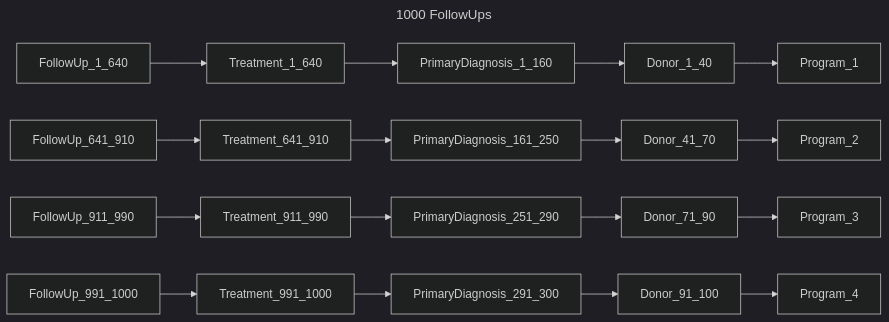
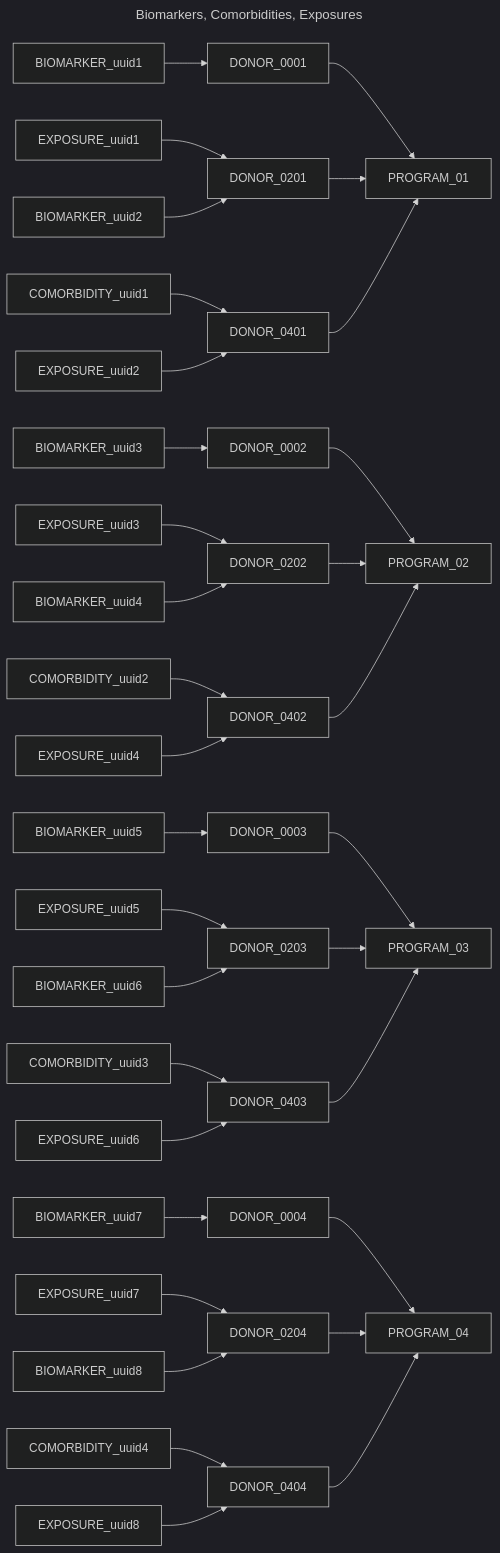
One commit to CanDIG/katsu changed the fourth of 4 diagrams in chord_metadata_service/mohpackets/data/medium_dataset/README.md. Above: the diagram before and after it, drawn with Mermaid (dark theme). The commit also changed other lines of this file and 43 other files, not shown here.

````diff
--- a/chord_metadata_service/mohpackets/data/medium_dataset/README.md
+++ b/chord_metadata_service/mohpackets/data/medium_dataset/README.md
@@ -130,10 +138,26 @@
 ```mermaid
 ---
-title: 1000 FollowUps
+title: Biomarkers, Comorbidities, Exposures
 ---
 graph LR;  
-  FollowUp_1_640 --> Treatment_1_640 --> PrimaryDiagnosis_1_160 --> Donor_1_40 --> Program_1;
-  FollowUp_641_910 --> Treatment_641_910 --> PrimaryDiagnosis_161_250 --> Donor_41_70 --> Program_2; 
-  FollowUp_911_990 --> Treatment_911_990 --> PrimaryDiagnosis_251_290 --> Donor_71_90 --> Program_3;
-  FollowUp_991_1000 --> Treatment_991_1000 --> PrimaryDiagnosis_291_300 --> Donor_91_100 --> Program_4; 
+  BIOMARKER_uuid1 --> DONOR_0001 --> PROGRAM_01; 
+  EXPOSURE_uuid1 --> DONOR_0201 --> PROGRAM_01;  
+  BIOMARKER_uuid2 --> DONOR_0201;
+  COMORBIDITY_uuid1 --> DONOR_0401 --> PROGRAM_01;
+  EXPOSURE_uuid2 --> DONOR_0401;
+  BIOMARKER_uuid3 --> DONOR_0002 --> PROGRAM_02;  
+  EXPOSURE_uuid3 --> DONOR_0202 --> PROGRAM_02;
+  BIOMARKER_uuid4 --> DONOR_0202;
+  COMORBIDITY_uuid2 --> DONOR_0402 --> PROGRAM_02;
+  EXPOSURE_uuid4 --> DONOR_0402;
+  BIOMARKER_uuid5 --> DONOR_0003 --> PROGRAM_03;
+  EXPOSURE_uuid5 --> DONOR_0203 --> PROGRAM_03;
+  BIOMARKER_uuid6 --> DONOR_0203;
+  COMORBIDITY_uuid3 --> DONOR_0403 --> PROGRAM_03;  
+  EXPOSURE_uuid6 --> DONOR_0403;
+  BIOMARKER_uuid7 --> DONOR_0004 --> PROGRAM_04;
+  EXPOSURE_uuid7 --> DONOR_0204 --> PROGRAM_04;
+  BIOMARKER_uuid8 --> DONOR_0204;
+  COMORBIDITY_uuid4 --> DONOR_0404 --> PROGRAM_04;
+  EXPOSURE_uuid8 --> DONOR_0404;
 ```
````
